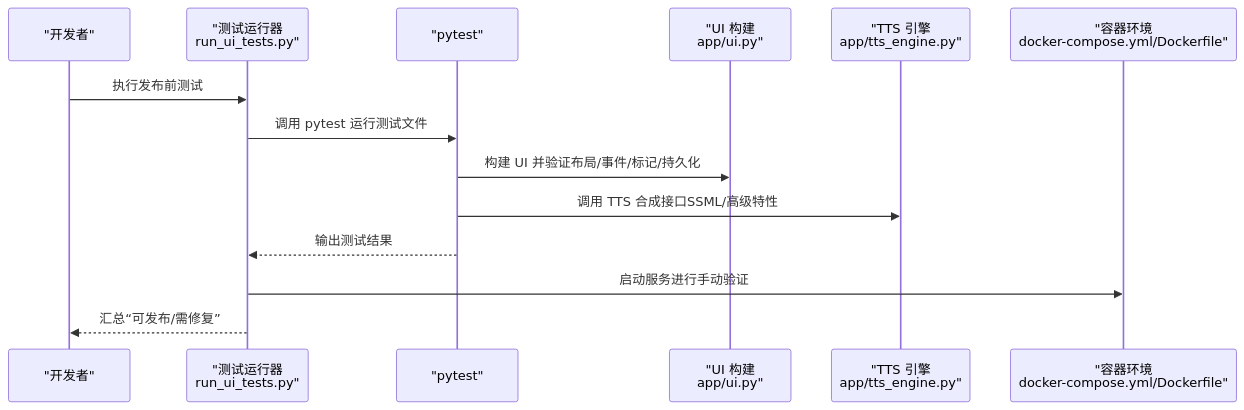
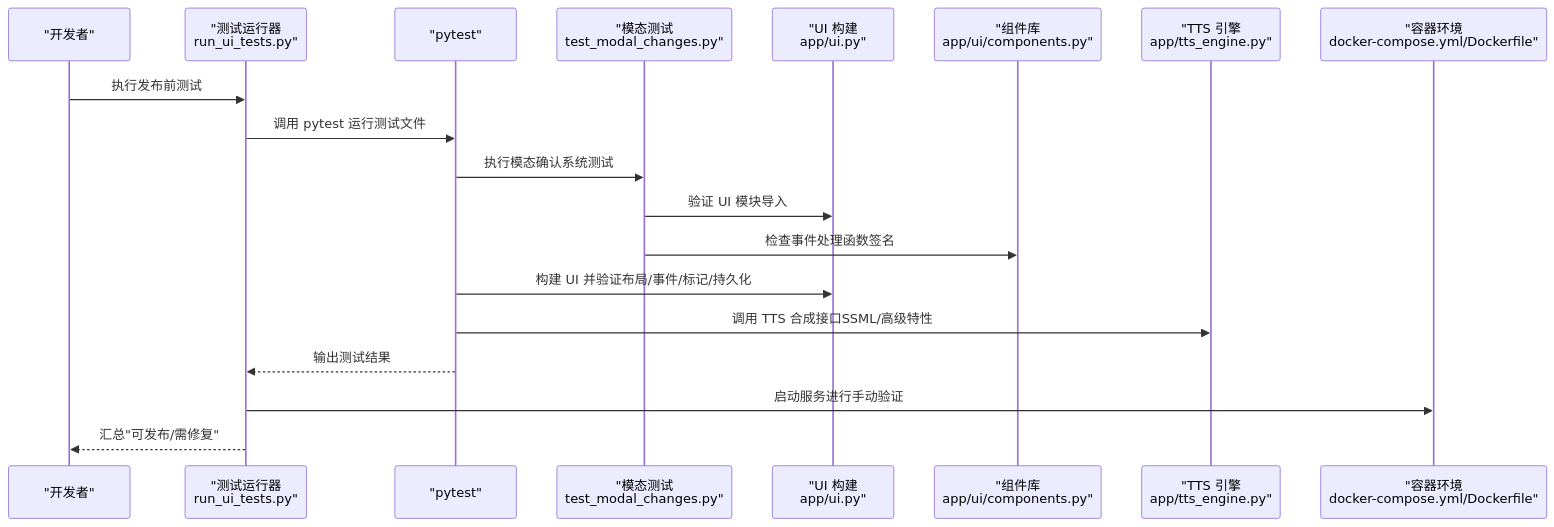
Before and after one commit to sdjeny/tts-studio: the second of 7 diagrams in .qoder/repowiki/zh/content/测试与质量保证/测试与质量保证.md, drawn with Mermaid. The commit also changed other lines of this file and 10 other files, not shown here.

````diff
--- a/.qoder/repowiki/zh/content/测试与质量保证/测试与质量保证.md
+++ b/.qoder/repowiki/zh/content/测试与质量保证/测试与质量保证.md
@@ -138,16 +155,21 @@
 ```mermaid
 sequenceDiagram
 participant Dev as "开发者"
 participant Runner as "测试运行器<br/>run_ui_tests.py"
 participant Pytest as "pytest"
+participant ModalTest as "模态测试<br/>test_modal_changes.py"
 participant UI as "UI 构建<br/>app/ui.py"
+participant Components as "组件库<br/>app/ui/components.py"
 participant Engine as "TTS 引擎<br/>app/tts_engine.py"
 participant Docker as "容器环境<br/>docker-compose.yml/Dockerfile"
 Dev->>Runner : 执行发布前测试
 Runner->>Pytest : 调用 pytest 运行测试文件
+Pytest->>ModalTest : 执行模态确认系统测试
+ModalTest->>UI : 验证 UI 模块导入
+ModalTest->>Components : 检查事件处理函数签名
 Pytest->>UI : 构建 UI 并验证布局/事件/标记/持久化
 Pytest->>Engine : 调用 TTS 合成接口SSML/高级特性
 Pytest-->>Runner : 输出测试结果
 Runner->>Docker : 启动服务进行手动验证
-Runner-->>Dev : 汇总“可发布/需修复”
+Runner-->>Dev : 汇总"可发布/需修复"
 ```
````
